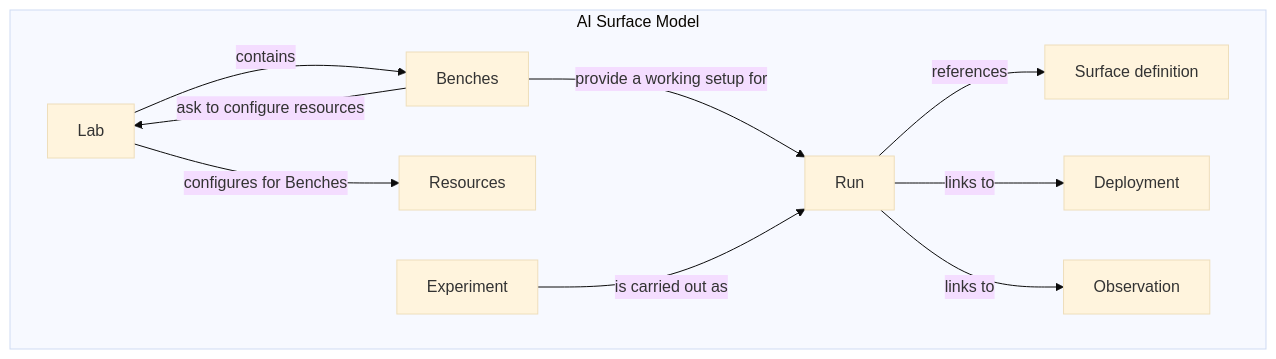
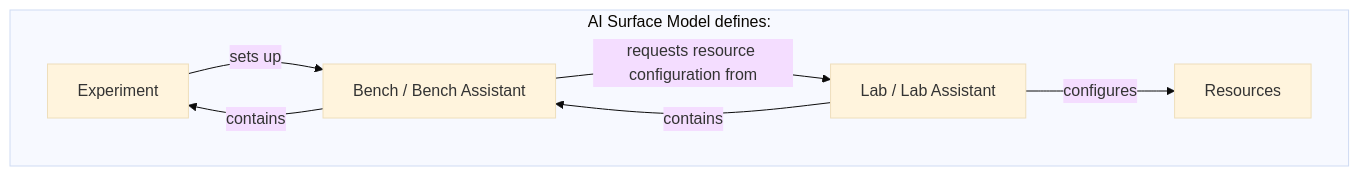
Before and after one commit to injectionator/ai-surface-model: the diagram in models/README.md, drawn with Mermaid (base theme). The commit also changed other lines of this file and 5 other files, not shown here.

Commit message:
docs: adopt approved vertical setup and containment diagram

````diff
--- a/models/README.md
+++ b/models/README.md
@@ -38,13 +39,15 @@
 ```mermaid
-flowchart TD
-  subgraph Model[AI Surface Model]
-    Lab -->|contains| Benches
-    Benches -->|ask to configure resources| Lab
-    Lab -->|configures for Benches| Resources
-    Benches -->|provide a working setup for| Run
-    Experiment -->|is carried out as| Run
-    Run -->|references| Definition[Surface definition]
-    Run -->|links to| Deployment
-    Run -->|links to| Observation
-  end
+flowchart TB
+    subgraph ASM["AI Surface Model defines:"]
+        Experiment["Experiment"]
+        Bench["Bench / Bench Assistant"]
+        Lab["Lab / Lab Assistant"]
+
+        Experiment -->|sets up| Bench
+        Bench -->|requests resource configuration from| Lab
+        Lab -->|configures| Resources
+
+        Bench -->|contains| Experiment
+        Lab -->|contains| Bench
+    end
 ```
````
